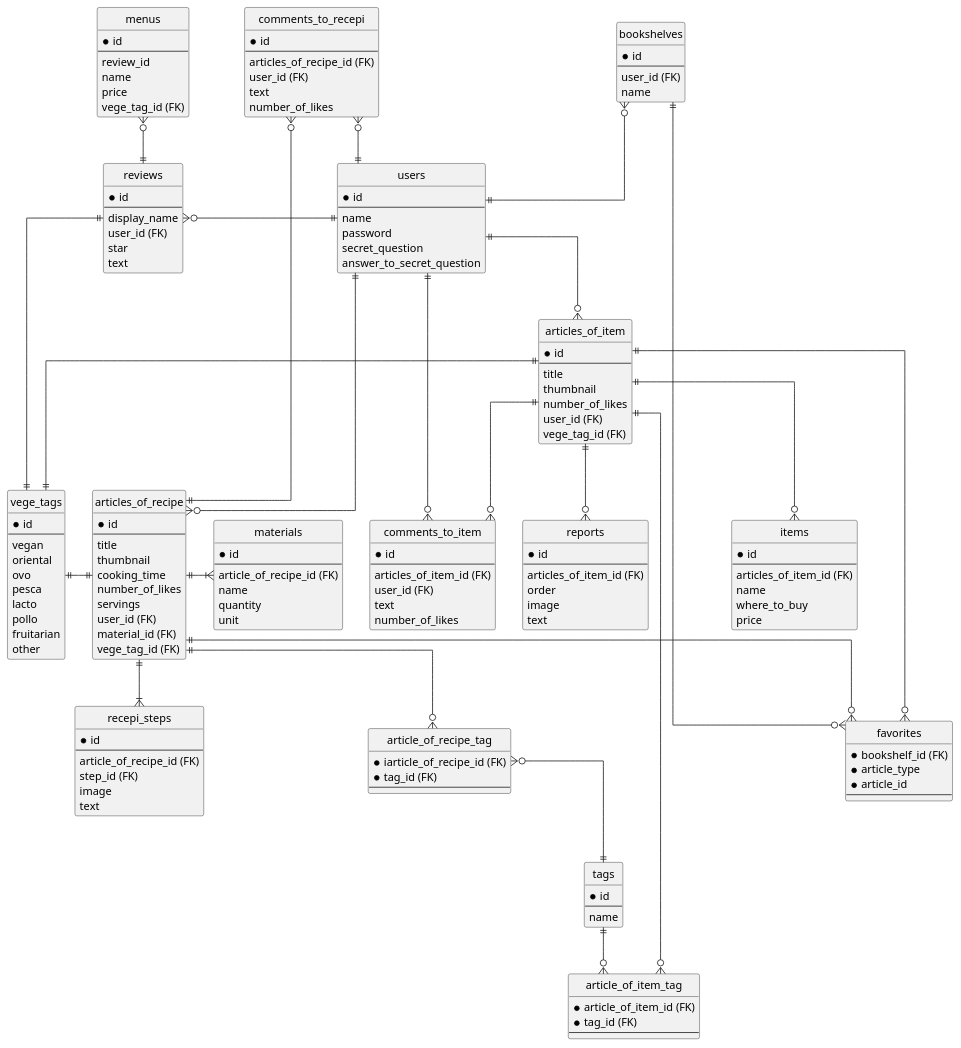
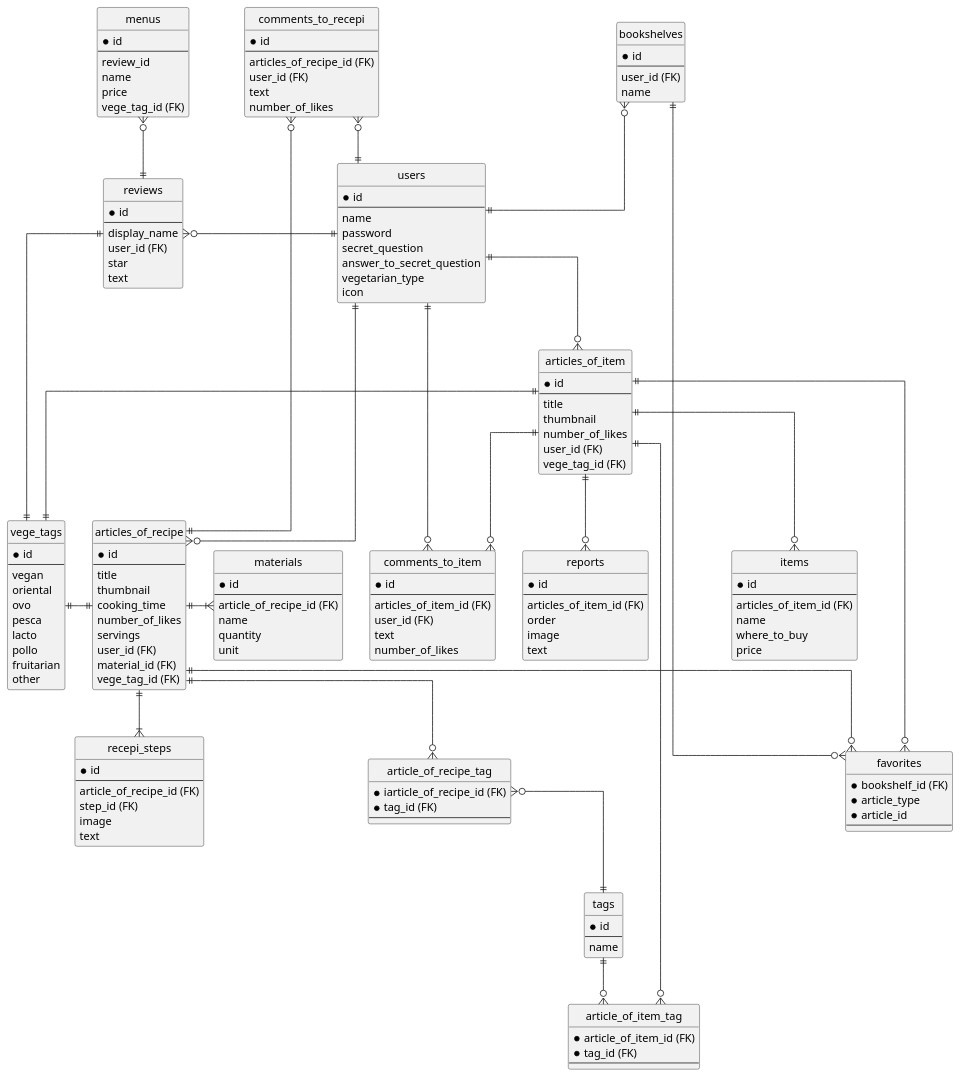
One commit to SayuriOkuyama/Original changed the diagram in documents/er.pu. Above: the diagram before and after it, drawn with PlantUML.

Commit message:
データベース追記

```diff
--- a/documents/er.pu
+++ b/documents/er.pu
@@ -1,183 +1,185 @@
 @startuml VegEvery
 ' hide the spot
 hide circle
 
 ' avoid problems with angled crows feet
 skinparam linetype ortho
 
 
 entity "users" as users {
   *id
   --
   name
   password
   secret_question
   answer_to_secret_question
+  vegetarian_type
+  icon
 }
 
 
 entity "articles_of_recipe" as articles_of_recipe {
   *id
   --
   title
   thumbnail
   cooking_time
   number_of_likes
   servings
   user_id (FK)
   material_id (FK)
   vege_tag_id (FK)
 }
 
 
 entity "recepi_steps" as recepi_steps {
   *id
   --
   article_of_recipe_id (FK)
   step_id (FK)
   image
   text
 }
 
 entity "materials" as materials {
   *id
   --
   article_of_recipe_id (FK)
   name
   quantity
   unit
 }
 
 entity "articles_of_item" as articles_of_item {
   *id
   --
   title
   thumbnail
   number_of_likes
   user_id (FK)
   vege_tag_id (FK)
 }
 
 entity "items" as items {
   *id
   --
   articles_of_item_id (FK)
   name
   where_to_buy
   price
 }
 
 entity "reports" as reports {
   *id
   --
   articles_of_item_id (FK)
   order
   image
   text
 }
 
 entity "comments_to_recepi" as comments_to_recepi {
   *id
   --
   articles_of_recipe_id (FK)
   user_id (FK)
   text
   number_of_likes
 }
 
 entity "comments_to_item" as comments_to_item {
   *id
   --
   articles_of_item_id (FK)
   user_id (FK)
   text
   number_of_likes
 }
 
 entity "tags" as tags {
   *id
   --
   name
 }
 
 entity "article_of_recipe_tag" as article_of_recipe_tag {
   *iarticle_of_recipe_id (FK)
   *tag_id (FK)
   --
 }
 
 entity "article_of_item_tag" as article_of_item_tag {
   *article_of_item_id (FK)
   *tag_id (FK)
   --
 }
 
 entity "vege_tags" as vege_tags {
   *id
   --
   vegan
   oriental
   ovo
   pesca
   lacto
   pollo
   fruitarian
   other
 }
 
 entity "reviews" as reviews {
   *id
   --
   display_name
   user_id (FK)
   star
   text
 }
 
 entity "menus" as menus {
   *id
   --
   review_id
   name
   price
   vege_tag_id (FK)
 }
 
 entity "bookshelves" as bookshelves {
   *id
   --
   user_id (FK)
   name
 }
 
 entity "favorites" as favorites {
   *bookshelf_id (FK)
   *article_type
   *article_id
   --
 }
 
 users ||--o{articles_of_recipe
 articles_of_recipe ||--|{ recepi_steps
 articles_of_recipe ||-r-|{ materials
 articles_of_recipe ||-d-o{ article_of_recipe_tag
 tags ||-u-o{ article_of_recipe_tag
 articles_of_recipe ||-l-|| vege_tags
 articles_of_recipe ||-u-o{ comments_to_recepi
 users ||-u-o{ comments_to_recepi
 users ||-d-o{articles_of_item
 articles_of_item ||--o{ article_of_item_tag
 tags ||--o{ article_of_item_tag
 articles_of_item ||--|| vege_tags
 articles_of_item ||--o{ comments_to_item
 articles_of_item ||-d-o{ items
 articles_of_item ||-d-o{ reports
 users ||-r-o{ comments_to_item
 users ||-u-o{bookshelves
 bookshelves ||-r-o{favorites
 articles_of_recipe ||--o{favorites
 articles_of_item ||--o{favorites
 users ||-l-o{reviews
 vege_tags ||--|| reviews
 menus }o--|| reviews
 @enduml
```
